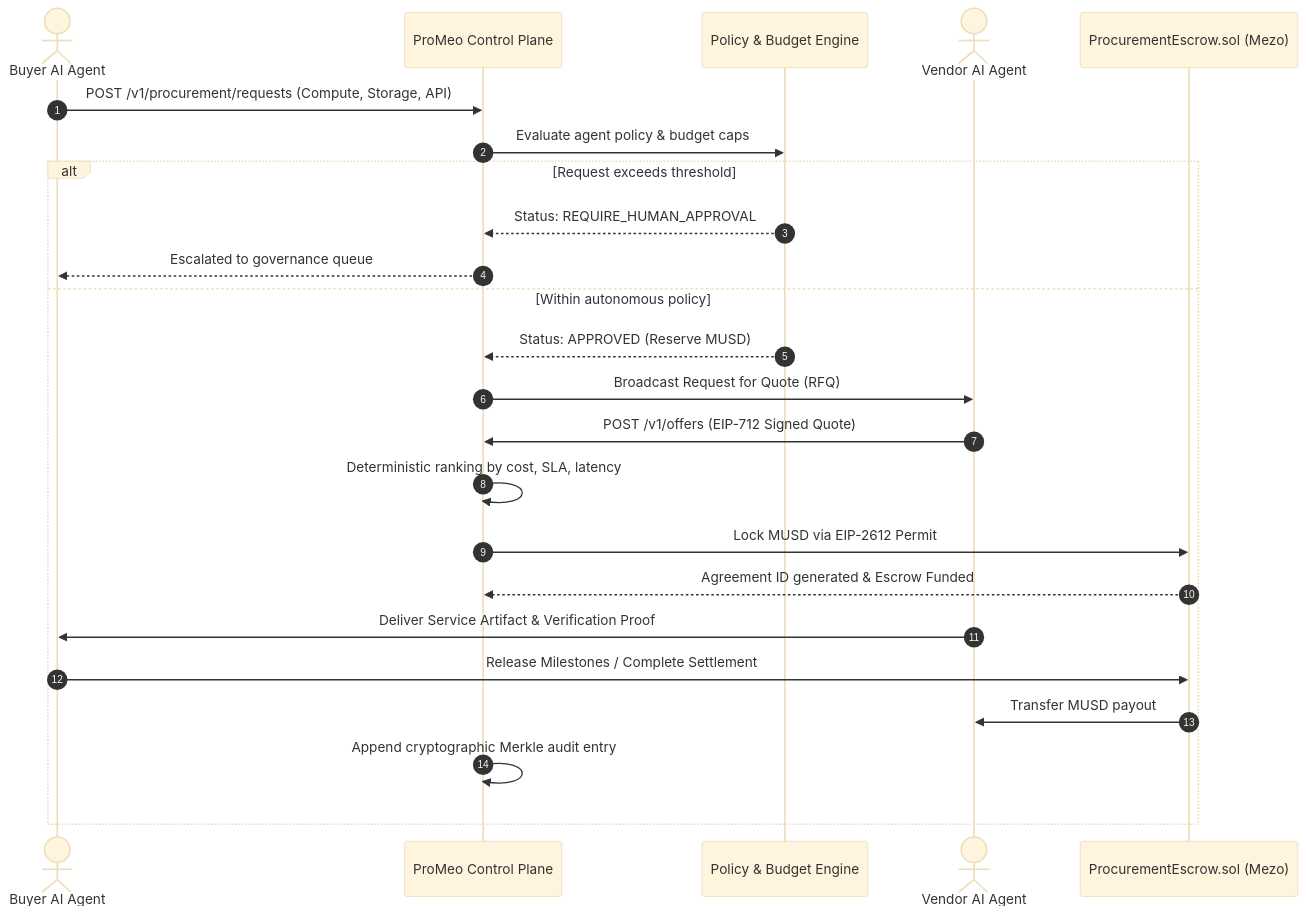
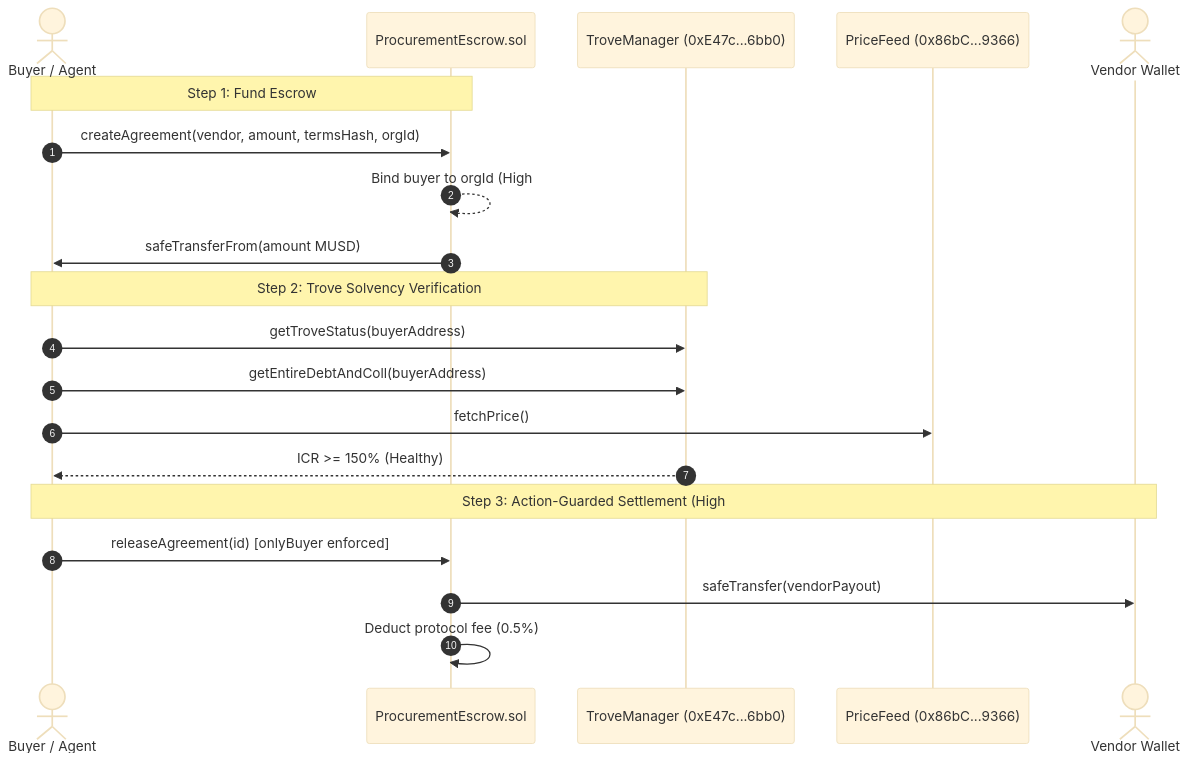
The diagram in README.md (AbdullahBalfaqih/ProMeo), drawn with Mermaid (base theme) before and after one commit. The commit also changed other lines of this file and 17 other files, not shown here.

Commit message:
feat(mezo): deep protocol state integration, security audit fixes & interactive console

````diff
--- a/README.md
+++ b/README.md
@@ -68,27 +37,25 @@
 ```mermaid
 sequenceDiagram
     autonumber
-    actor BuyerAgent as Buyer AI Agent
-    participant ControlPlane as ProMeo Control Plane
-    participant PolicyEngine as Policy & Budget Engine
-    actor VendorAgent as Vendor AI Agent
-    participant EscrowContract as ProcurementEscrow.sol (Mezo)
+    actor Buyer as Buyer / Agent
+    participant Escrow as ProcurementEscrow.sol
+    participant Trove as TroveManager (0xE47c...6bb0)
+    participant Price as PriceFeed (0x86bC...9366)
+    actor Vendor as Vendor Wallet
 
-    BuyerAgent->>ControlPlane: POST /v1/procurement/requests (Compute, Storage, API)
-    ControlPlane->>PolicyEngine: Evaluate agent policy & budget caps
-    alt Request exceeds threshold
-        PolicyEngine-->>ControlPlane: Status: REQUIRE_HUMAN_APPROVAL
-        ControlPlane-->>BuyerAgent: Escalated to governance queue
-    else Within autonomous policy
-        PolicyEngine-->>ControlPlane: Status: APPROVED (Reserve MUSD)
-        ControlPlane->>VendorAgent: Broadcast Request for Quote (RFQ)
-        VendorAgent->>ControlPlane: POST /v1/offers (EIP-712 Signed Quote)
-        ControlPlane->>ControlPlane: Deterministic ranking by cost, SLA, latency
-        ControlPlane->>EscrowContract: Lock MUSD via EIP-2612 Permit
-        EscrowContract-->>ControlPlane: Agreement ID generated & Escrow Funded
-        VendorAgent->>BuyerAgent: Deliver Service Artifact & Verification Proof
-        BuyerAgent->>EscrowContract: Release Milestones / Complete Settlement
-        EscrowContract->>VendorAgent: Transfer MUSD payout
-        ControlPlane->>ControlPlane: Append cryptographic Merkle audit entry
-    end
+    Note over Buyer,Escrow: Step 1: Fund Escrow
+    Buyer->>Escrow: createAgreement(vendor, amount, termsHash, orgId)
+    Escrow-->>Escrow: Bind buyer to orgId (High #1 Fix)
+    Escrow->>Buyer: safeTransferFrom(amount MUSD)
+
+    Note over Buyer,Trove: Step 2: Trove Solvency Verification
+    Buyer->>Trove: getTroveStatus(buyerAddress)
+    Buyer->>Trove: getEntireDebtAndColl(buyerAddress)
+    Buyer->>Price: fetchPrice()
+    Trove-->>Buyer: ICR >= 150% (Healthy)
+
+    Note over Buyer,Vendor: Step 3: Action-Guarded Settlement (High #2 Fix)
+    Buyer->>Escrow: releaseAgreement(id) [onlyBuyer enforced]
+    Escrow->>Vendor: safeTransfer(vendorPayout)
+    Escrow->>Escrow: Deduct protocol fee (0.5%)
 ```
````
